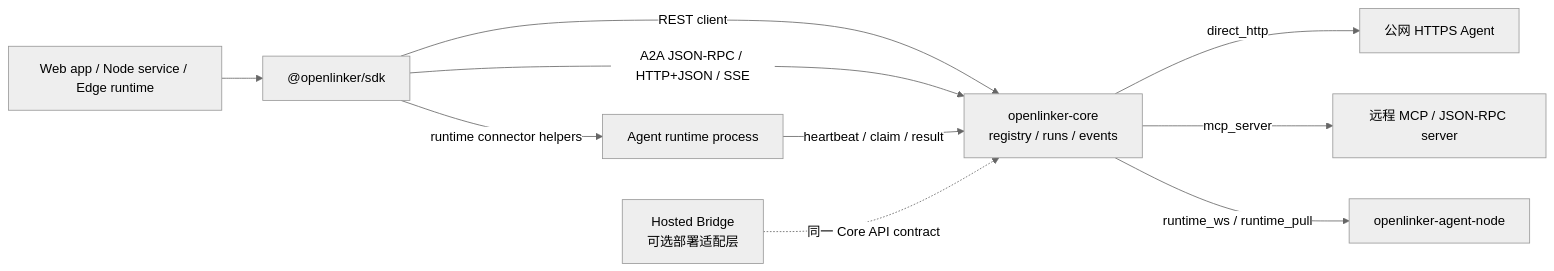
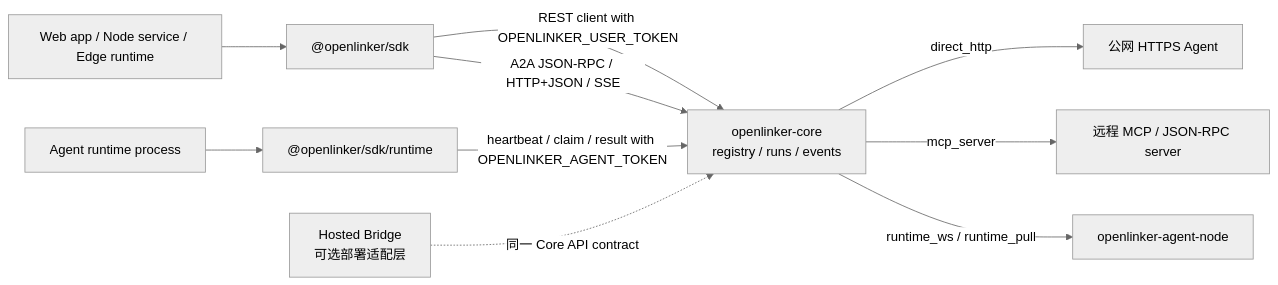
One commit to OpenLinker-ai/openlinker-js changed the diagram in README.zh-CN.md. Above: the diagram before and after it, drawn with Mermaid (neutral theme). The commit also changed other lines of this file and 6 other files, not shown here.

Commit message:
feat: split JS runtime entry from client

````diff
--- a/README.zh-CN.md
+++ b/README.zh-CN.md
@@ -23,14 +26,14 @@
 ```mermaid
 flowchart LR
-  App["Web app / Node service / Edge runtime"] --> SDK["@openlinker/sdk"]
-  SDK -->|"REST client"| Core["openlinker-core<br/>registry / runs / events"]
-  SDK -->|"A2A JSON-RPC / HTTP+JSON / SSE"| Core
-  SDK -->|"runtime connector helpers"| Runtime["Agent runtime process"]
-  Runtime -->|"heartbeat / claim / result"| Core
+  App["Web app / Node service / Edge runtime"] --> ClientSDK["@openlinker/sdk"]
+  ClientSDK -->|"REST client with OPENLINKER_USER_TOKEN"| Core["openlinker-core<br/>registry / runs / events"]
+  ClientSDK -->|"A2A JSON-RPC / HTTP+JSON / SSE"| Core
+  Runtime["Agent runtime process"] --> RuntimeSDK["@openlinker/sdk/runtime"]
+  RuntimeSDK -->|"heartbeat / claim / result with OPENLINKER_AGENT_TOKEN"| Core
 
   HostedBridge["Hosted Bridge<br/>可选部署适配层"] -.->|"同一 Core API contract"| Core
 
   Core -->|"direct_http"| HTTPAgent["公网 HTTPS Agent"]
   Core -->|"mcp_server"| MCPAgent["远程 MCP / JSON-RPC server"]
   Core -->|"runtime_ws / runtime_pull"| AgentNode["openlinker-agent-node"]
 ```
````
